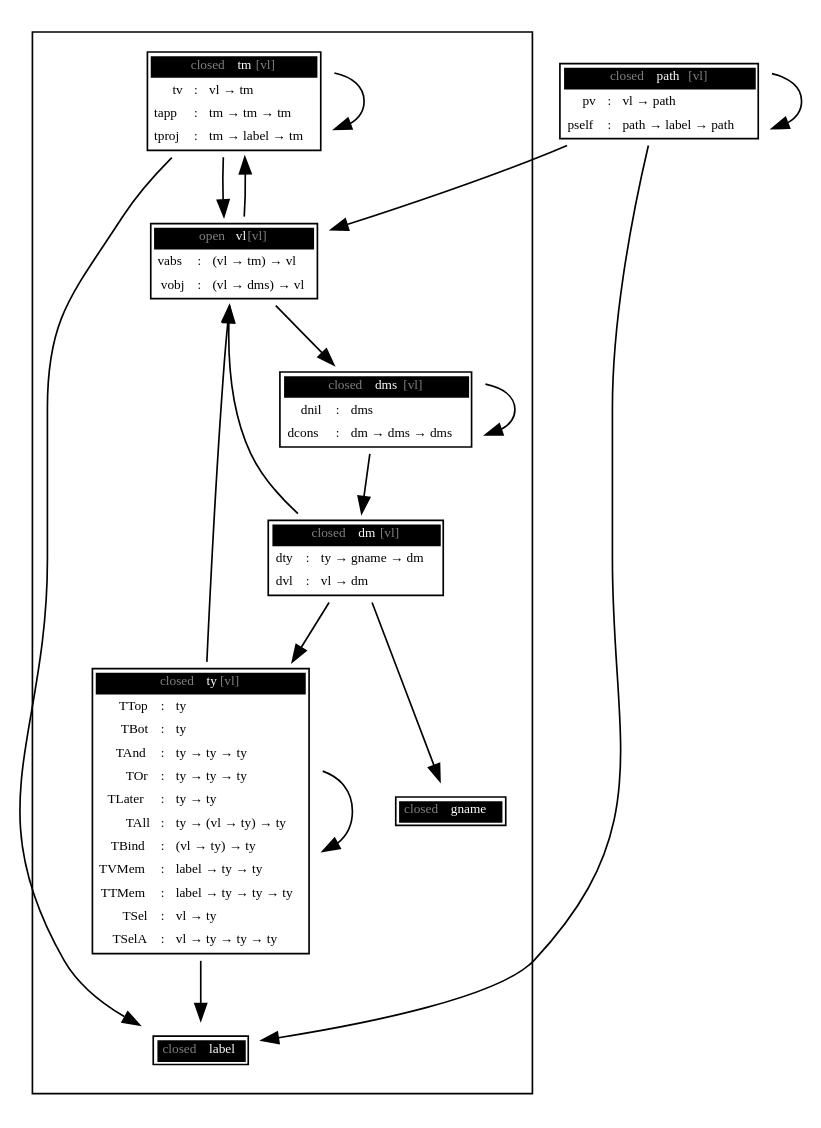
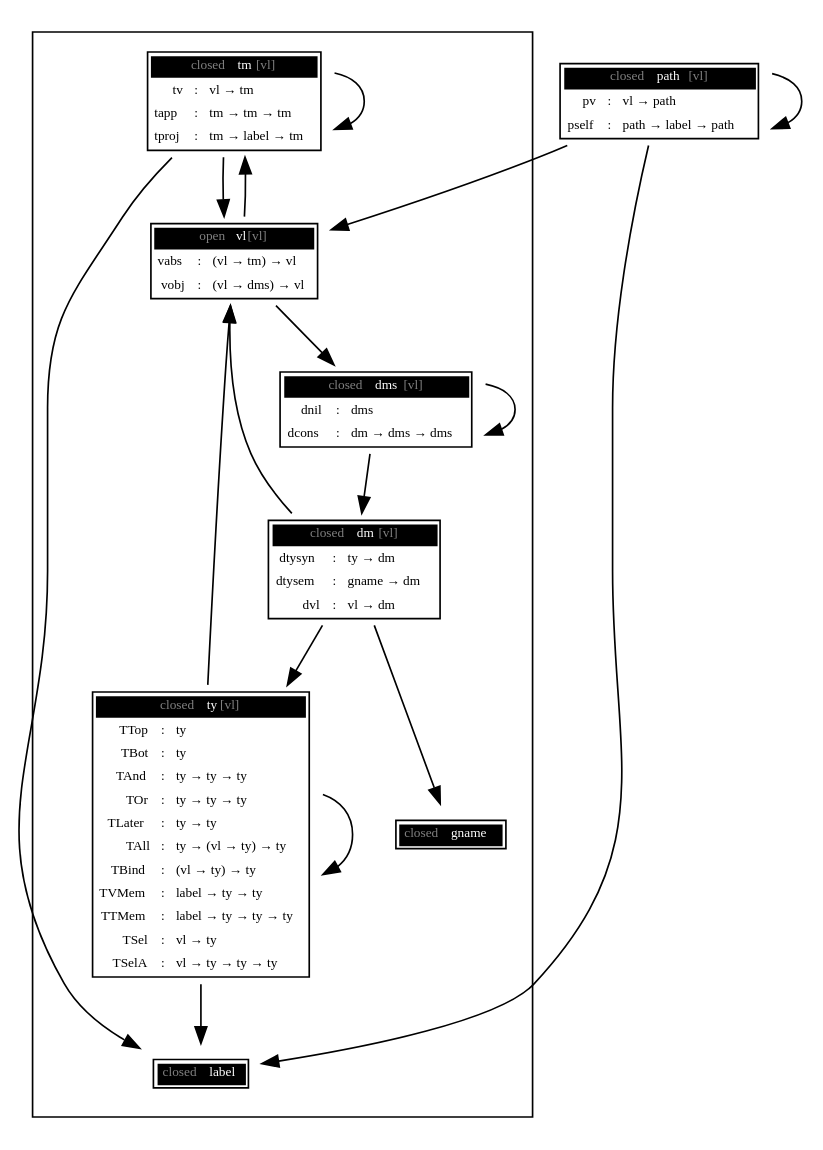
One commit to Blaisorblade/autosubst2-proto changed the diagram in example/dot.dot. Above: the diagram before and after it, drawn with Graphviz. The commit also changed 3 other files, not shown here.

```diff
--- a/example/dot.dot
+++ b/example/dot.dot
@@ -1,52 +1,53 @@
 strict digraph {
     node [shape=plaintext
          ,fontsize=8];
     subgraph cluster {
         tm [label=<<TABLE BORDER="1" CELLBORDER="0" CELLSPACING="1"><TR><TD ALIGN="CENTER" COLSPAN="3" BGCOLOR="black"><FONT COLOR="gray">closed </FONT><FONT COLOR="white">tm</FONT><FONT COLOR="gray">[vl]</FONT></TD></TR>
                                                                     <TR><TD ALIGN="RIGHT">tv</TD> <TD ALIGN="CENTER">:</TD> <TD ALIGN="LEFT">vl → tm</TD></TR>
                                                                     <TR><TD ALIGN="RIGHT">tapp</TD> <TD ALIGN="CENTER">:</TD> <TD ALIGN="LEFT">tm → tm → tm</TD></TR>
                                                                     <TR><TD ALIGN="RIGHT">tproj</TD> <TD ALIGN="CENTER">:</TD> <TD ALIGN="LEFT">tm → label → tm</TD></TR></TABLE>>];
         vl [label=<<TABLE BORDER="1" CELLBORDER="0" CELLSPACING="1"><TR><TD ALIGN="CENTER" COLSPAN="3" BGCOLOR="black"><FONT COLOR="gray">open </FONT><FONT COLOR="white">vl</FONT><FONT COLOR="gray">[vl]</FONT></TD></TR>
                                                                     <TR><TD ALIGN="RIGHT">vabs</TD> <TD ALIGN="CENTER">:</TD> <TD ALIGN="LEFT">(vl → tm) → vl</TD></TR>
                                                                     <TR><TD ALIGN="RIGHT">vobj</TD> <TD ALIGN="CENTER">:</TD> <TD ALIGN="LEFT">(vl → dms) → vl</TD></TR></TABLE>>];
         dms [label=<<TABLE BORDER="1" CELLBORDER="0" CELLSPACING="1"><TR><TD ALIGN="CENTER" COLSPAN="3" BGCOLOR="black"><FONT COLOR="gray">closed </FONT><FONT COLOR="white">dms</FONT><FONT COLOR="gray">[vl]</FONT></TD></TR>
                                                                      <TR><TD ALIGN="RIGHT">dnil</TD> <TD ALIGN="CENTER">:</TD> <TD ALIGN="LEFT">dms</TD></TR>
                                                                      <TR><TD ALIGN="RIGHT">dcons</TD> <TD ALIGN="CENTER">:</TD> <TD ALIGN="LEFT">dm → dms → dms</TD></TR></TABLE>>];
         dm [label=<<TABLE BORDER="1" CELLBORDER="0" CELLSPACING="1"><TR><TD ALIGN="CENTER" COLSPAN="3" BGCOLOR="black"><FONT COLOR="gray">closed </FONT><FONT COLOR="white">dm</FONT><FONT COLOR="gray">[vl]</FONT></TD></TR>
-                                                                    <TR><TD ALIGN="RIGHT">dty</TD> <TD ALIGN="CENTER">:</TD> <TD ALIGN="LEFT">ty → gname → dm</TD></TR>
+                                                                    <TR><TD ALIGN="RIGHT">dtysyn</TD> <TD ALIGN="CENTER">:</TD> <TD ALIGN="LEFT">ty → dm</TD></TR>
+                                                                    <TR><TD ALIGN="RIGHT">dtysem</TD> <TD ALIGN="CENTER">:</TD> <TD ALIGN="LEFT">gname → dm</TD></TR>
                                                                     <TR><TD ALIGN="RIGHT">dvl</TD> <TD ALIGN="CENTER">:</TD> <TD ALIGN="LEFT">vl → dm</TD></TR></TABLE>>];
         ty [label=<<TABLE BORDER="1" CELLBORDER="0" CELLSPACING="1"><TR><TD ALIGN="CENTER" COLSPAN="3" BGCOLOR="black"><FONT COLOR="gray">closed </FONT><FONT COLOR="white">ty</FONT><FONT COLOR="gray">[vl]</FONT></TD></TR>
                                                                     <TR><TD ALIGN="RIGHT">TTop</TD> <TD ALIGN="CENTER">:</TD> <TD ALIGN="LEFT">ty</TD></TR>
                                                                     <TR><TD ALIGN="RIGHT">TBot</TD> <TD ALIGN="CENTER">:</TD> <TD ALIGN="LEFT">ty</TD></TR>
                                                                     <TR><TD ALIGN="RIGHT">TAnd</TD> <TD ALIGN="CENTER">:</TD> <TD ALIGN="LEFT">ty → ty → ty</TD></TR>
                                                                     <TR><TD ALIGN="RIGHT">TOr</TD> <TD ALIGN="CENTER">:</TD> <TD ALIGN="LEFT">ty → ty → ty</TD></TR>
                                                                     <TR><TD ALIGN="RIGHT">TLater</TD> <TD ALIGN="CENTER">:</TD> <TD ALIGN="LEFT">ty → ty</TD></TR>
                                                                     <TR><TD ALIGN="RIGHT">TAll</TD> <TD ALIGN="CENTER">:</TD> <TD ALIGN="LEFT">ty → (vl → ty) → ty</TD></TR>
                                                                     <TR><TD ALIGN="RIGHT">TBind</TD> <TD ALIGN="CENTER">:</TD> <TD ALIGN="LEFT">(vl → ty) → ty</TD></TR>
                                                                     <TR><TD ALIGN="RIGHT">TVMem</TD> <TD ALIGN="CENTER">:</TD> <TD ALIGN="LEFT">label → ty → ty</TD></TR>
                                                                     <TR><TD ALIGN="RIGHT">TTMem</TD> <TD ALIGN="CENTER">:</TD> <TD ALIGN="LEFT">label → ty → ty → ty</TD></TR>
                                                                     <TR><TD ALIGN="RIGHT">TSel</TD> <TD ALIGN="CENTER">:</TD> <TD ALIGN="LEFT">vl → ty</TD></TR>
                                                                     <TR><TD ALIGN="RIGHT">TSelA</TD> <TD ALIGN="CENTER">:</TD> <TD ALIGN="LEFT">vl → ty → ty → ty</TD></TR></TABLE>>];
         tm -> vl;
         tm -> tm;
         tm -> label;
         vl -> tm;
         vl -> dms;
         dms -> dm;
         dms -> dms;
         dm -> ty;
         dm -> gname;
         dm -> vl;
         ty -> ty;
         ty -> label;
         ty -> vl;
     }
     label [label=<<TABLE BORDER="1" CELLBORDER="0" CELLSPACING="1"><TR><TD ALIGN="CENTER" COLSPAN="3" BGCOLOR="black"><FONT COLOR="gray">closed </FONT><FONT COLOR="white">label</FONT></TD></TR></TABLE>>];
     gname [label=<<TABLE BORDER="1" CELLBORDER="0" CELLSPACING="1"><TR><TD ALIGN="CENTER" COLSPAN="3" BGCOLOR="black"><FONT COLOR="gray">closed </FONT><FONT COLOR="white">gname</FONT></TD></TR></TABLE>>];
     path [label=<<TABLE BORDER="1" CELLBORDER="0" CELLSPACING="1"><TR><TD ALIGN="CENTER" COLSPAN="3" BGCOLOR="black"><FONT COLOR="gray">closed </FONT><FONT COLOR="white">path</FONT><FONT COLOR="gray">[vl]</FONT></TD></TR>
                                                                   <TR><TD ALIGN="RIGHT">pv</TD> <TD ALIGN="CENTER">:</TD> <TD ALIGN="LEFT">vl → path</TD></TR>
                                                                   <TR><TD ALIGN="RIGHT">pself</TD> <TD ALIGN="CENTER">:</TD> <TD ALIGN="LEFT">path → label → path</TD></TR></TABLE>>];
     path -> vl;
     path -> path;
     path -> label;
 }
```
